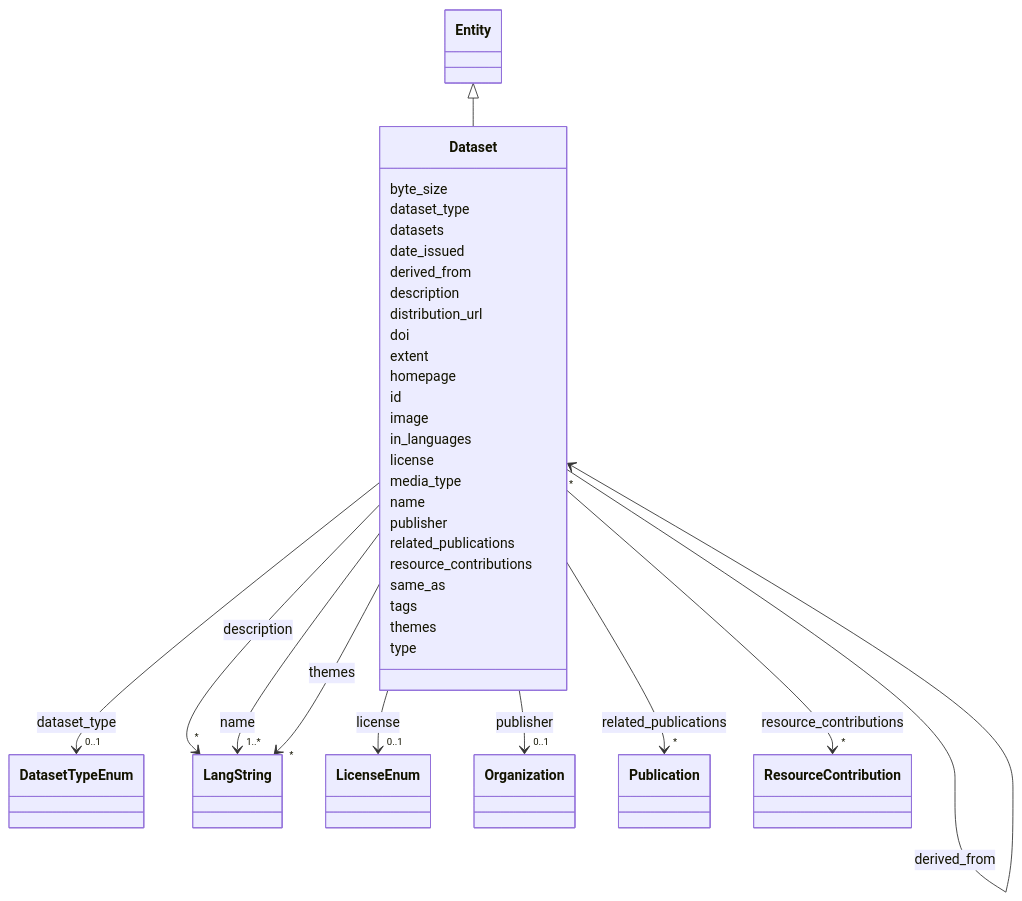
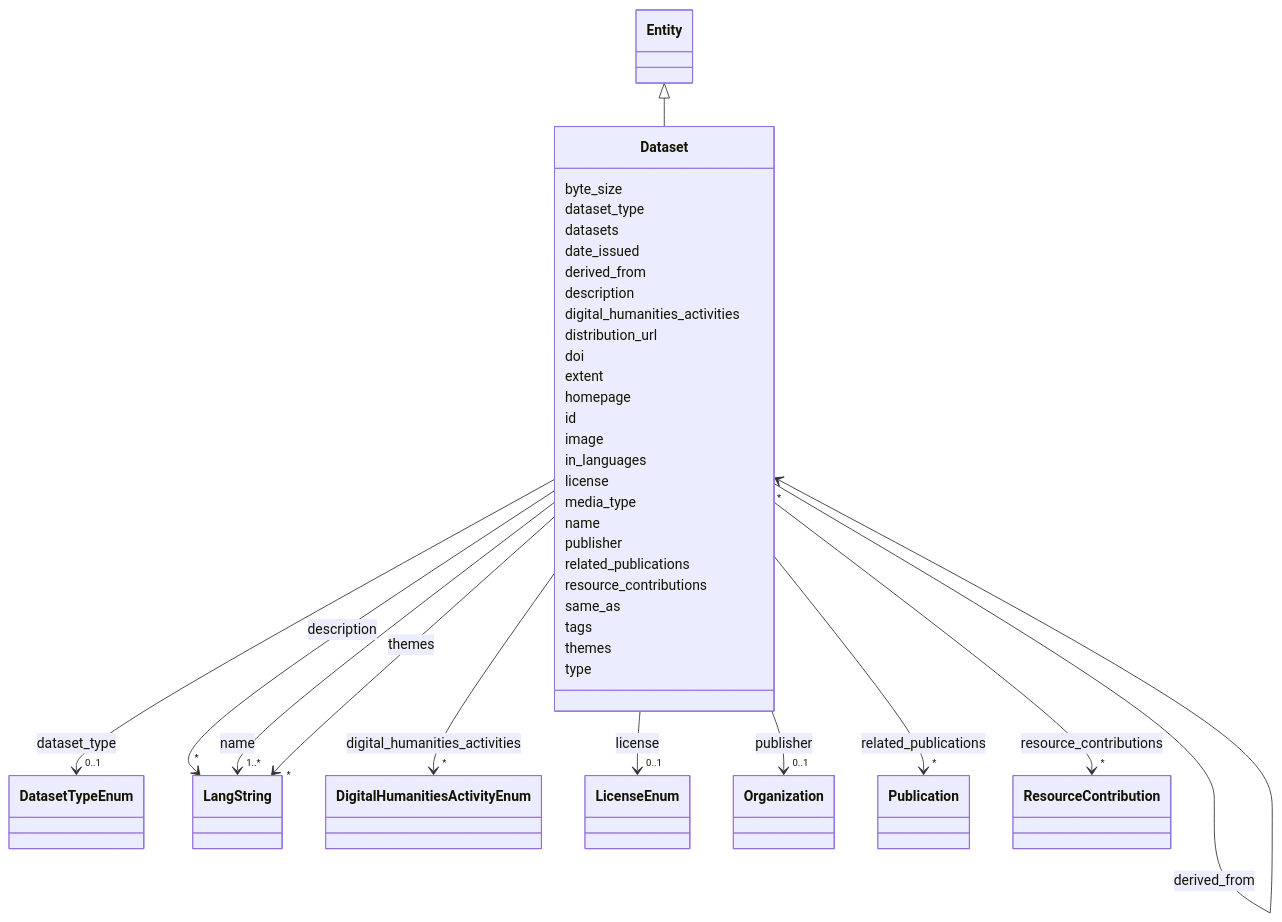
One commit to DARIAH-IL/idhi-manifests changed the diagram in docs/classes/Dataset.md. Above: the diagram before and after it, drawn with Mermaid. The commit also changed other lines of this file and 10 other files, not shown here.

Commit message:
Add DH activities to Dataset

```diff
--- a/docs/classes/Dataset.md
+++ b/docs/classes/Dataset.md
@@ -76,6 +76,19 @@
         Dataset --> "*" LangString : description
         
         click LangString href "../../classes/LangString/"
+        
+    
+
+        
+      Dataset : digital_humanities_activities
+        
+          
+    
+        
+        
+        Dataset --> "*" DigitalHumanitiesActivityEnum : digital_humanities_activities
+        
+        click DigitalHumanitiesActivityEnum href "../../enums/DigitalHumanitiesActivityEnum/"
         
     
 
```
